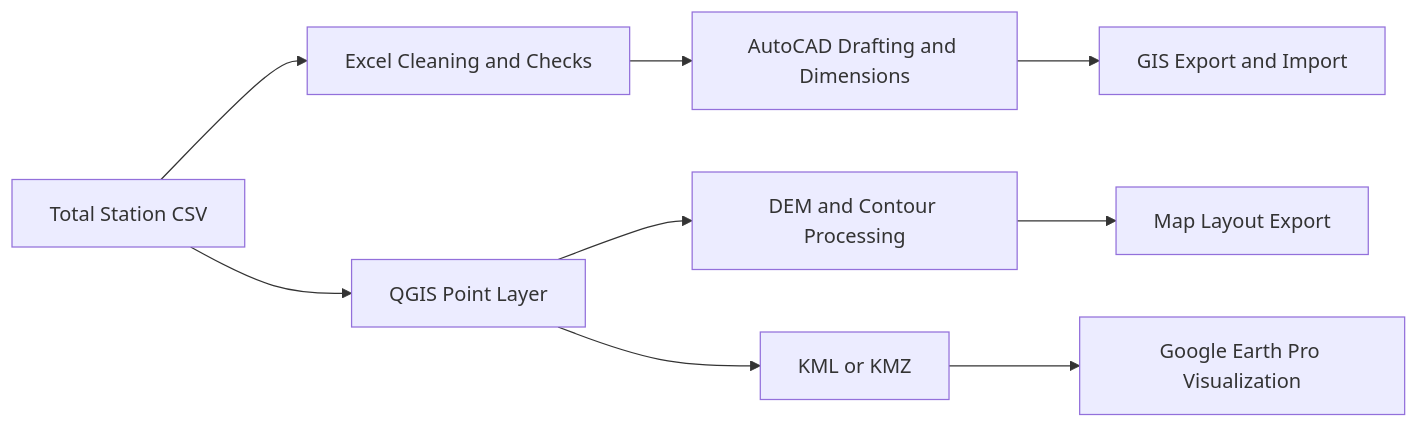
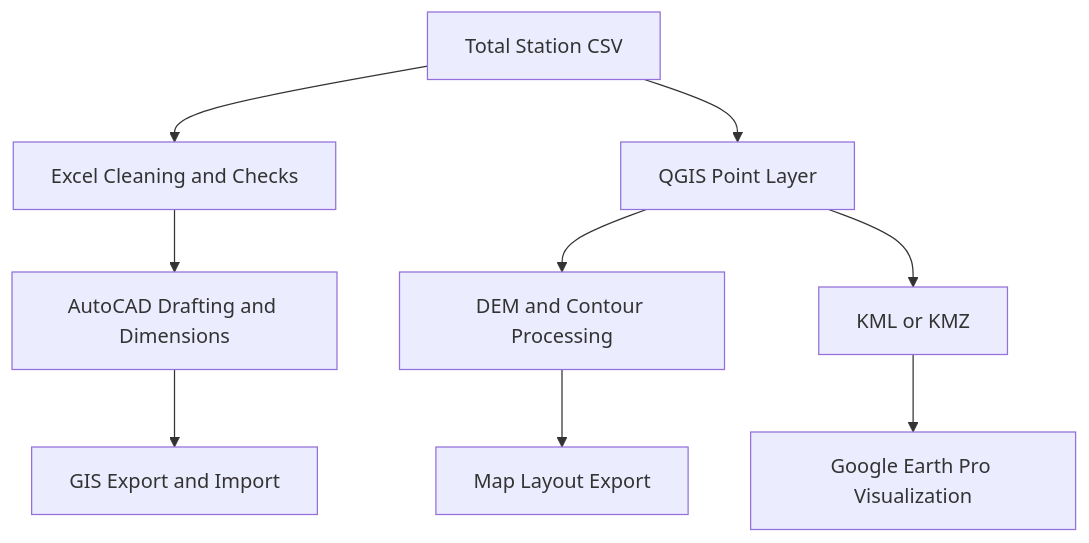
Before and after one commit to PrathamGitHub/Geo-CAD-Practical-Reference: the diagram in docs/index.md, drawn with Mermaid. The commit also changed 7 other files, not shown here.

````diff
--- a/docs/index.md
+++ b/docs/index.md
@@ -29,11 +29,11 @@
 ```mermaid
-flowchart LR
+flowchart TD
 		A[Total Station CSV] --> B[Excel Cleaning and Checks]
 		B --> C[AutoCAD Drafting and Dimensions]
 		A --> D[QGIS Point Layer]
 		D --> E[DEM and Contour Processing]
 		E --> F[Map Layout Export]
 		D --> G[KML or KMZ]
 		C --> H[GIS Export and Import]
 		G --> I[Google Earth Pro Visualization]
 ```
````
